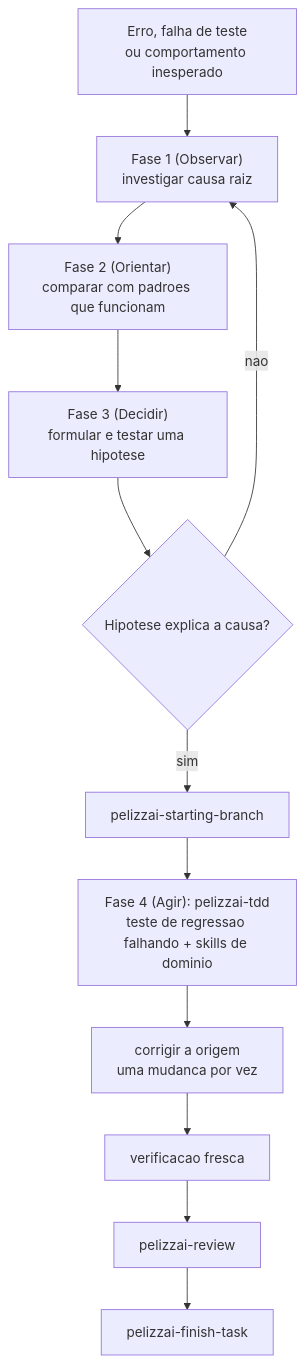
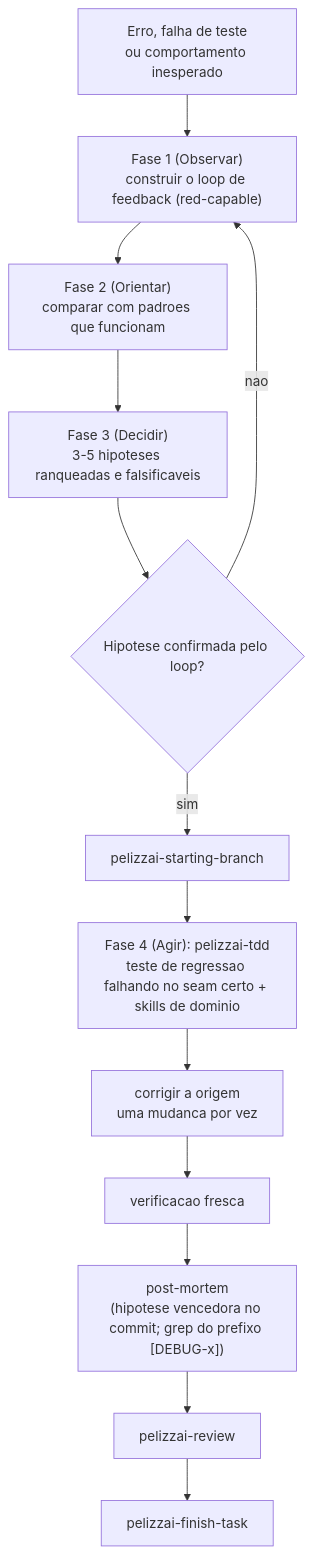
One commit to rpelizza/PelizzAI changed the fifth of 11 diagrams in README.md. Above: the diagram before and after it, drawn with Mermaid. The commit also changed other lines of this file and 43 other files, not shown here.

````diff
--- a/README.md
+++ b/README.md
@@ -212,14 +218,15 @@
 ```mermaid
 flowchart TD
-    BUG["Erro, falha de teste<br/>ou comportamento inesperado"] --> RCA["Fase 1 (Observar)<br/>investigar causa raiz"]
+    BUG["Erro, falha de teste<br/>ou comportamento inesperado"] --> RCA["Fase 1 (Observar)<br/>construir o loop de feedback (red-capable)"]
     RCA --> PAT["Fase 2 (Orientar)<br/>comparar com padroes que funcionam"]
-    PAT --> HYP["Fase 3 (Decidir)<br/>formular e testar uma hipotese"]
-    HYP --> OK{"Hipotese explica a causa?"}
+    PAT --> HYP["Fase 3 (Decidir)<br/>3-5 hipoteses ranqueadas e falsificaveis"]
+    HYP --> OK{"Hipotese confirmada pelo loop?"}
     OK -- "nao" --> RCA
     OK -- "sim" --> SB["pelizzai-starting-branch"]
-    SB --> RED["Fase 4 (Agir): pelizzai-tdd<br/>teste de regressao falhando + skills de dominio"]
+    SB --> RED["Fase 4 (Agir): pelizzai-tdd<br/>teste de regressao falhando no seam certo + skills de dominio"]
     RED --> FIX["corrigir a origem<br/>uma mudanca por vez"]
     FIX --> VERIFY["verificacao fresca"]
-    VERIFY --> REVIEW["pelizzai-review"]
+    VERIFY --> POST["post-mortem<br/>(hipotese vencedora no commit; grep do prefixo [DEBUG-x])"]
+    POST --> REVIEW["pelizzai-review"]
     REVIEW --> FIN["pelizzai-finish-task"]
 ```
````
